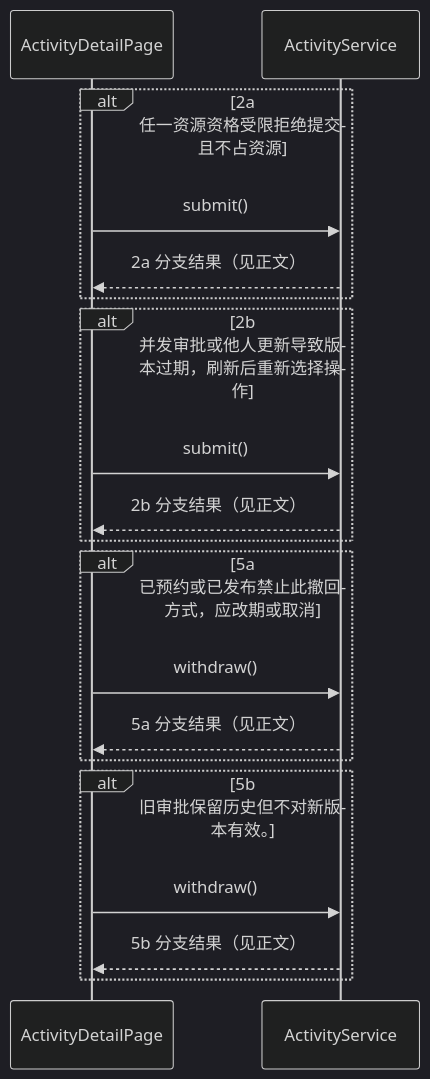
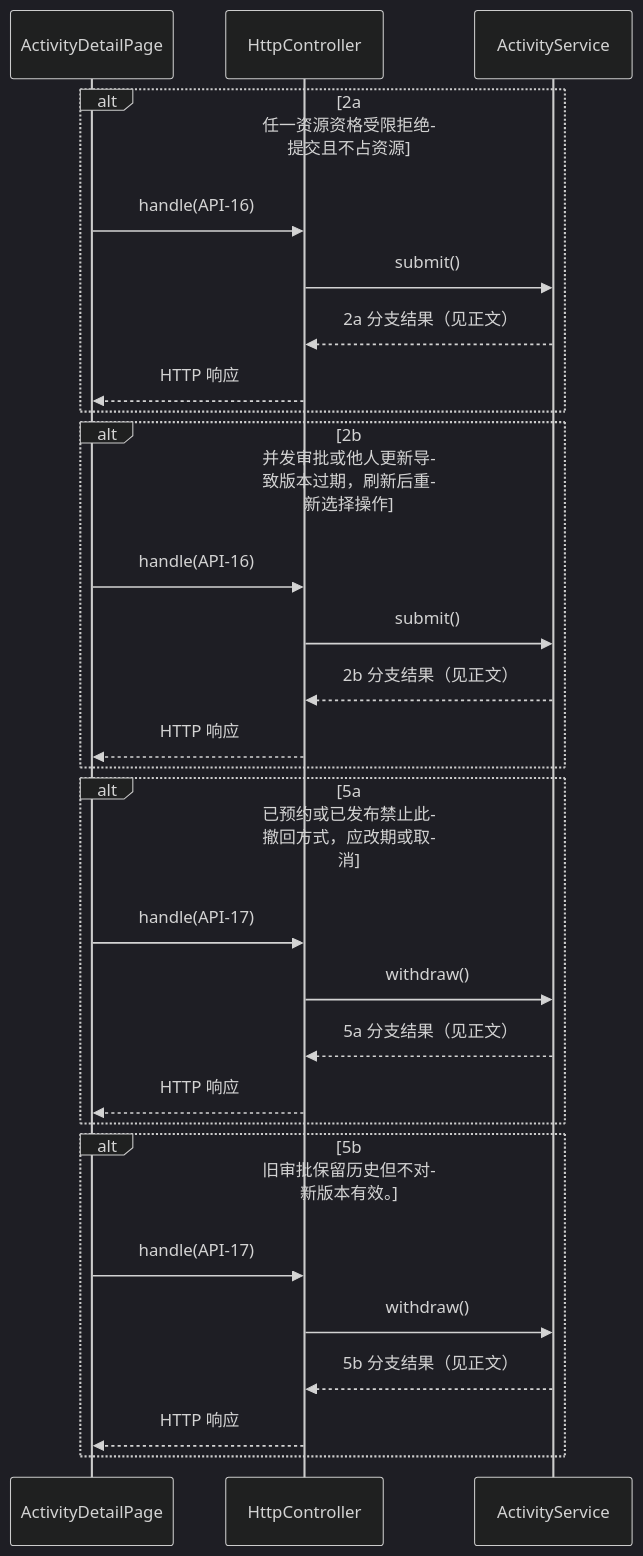
One commit to Rito-492/campus-sched changed diagram 16 of 44 in docs/design/software-design-task4.md. Above: the diagram before and after it, drawn with Mermaid (dark theme). The commit also changed other lines of this file and 3 other files, not shown here.

Commit message:
docs: 修正任务4顺序图HTTP边界与页面调用方向

````diff
--- a/docs/design/software-design-task4.md
+++ b/docs/design/software-design-task4.md
@@ -1354,21 +1485,30 @@
 ```mermaid
 sequenceDiagram
  participant ActivityDetailPage
+ participant HttpController
  participant ActivityService
  alt 2a 任一资源资格受限拒绝提交且不占资源
- ActivityDetailPage->>ActivityService: submit()
- ActivityService-->>ActivityDetailPage: 2a 分支结果（见正文）
+ ActivityDetailPage->>HttpController: handle(API-16)
+ HttpController->>ActivityService: submit()
+ ActivityService-->>HttpController: 2a 分支结果（见正文）
+ HttpController-->>ActivityDetailPage: HTTP 响应
  end
  alt 2b 并发审批或他人更新导致版本过期，刷新后重新选择操作
- ActivityDetailPage->>ActivityService: submit()
- ActivityService-->>ActivityDetailPage: 2b 分支结果（见正文）
+ ActivityDetailPage->>HttpController: handle(API-16)
+ HttpController->>ActivityService: submit()
+ ActivityService-->>HttpController: 2b 分支结果（见正文）
+ HttpController-->>ActivityDetailPage: HTTP 响应
  end
  alt 5a 已预约或已发布禁止此撤回方式，应改期或取消
- ActivityDetailPage->>ActivityService: withdraw()
- ActivityService-->>ActivityDetailPage: 5a 分支结果（见正文）
+ ActivityDetailPage->>HttpController: handle(API-17)
+ HttpController->>ActivityService: withdraw()
+ ActivityService-->>HttpController: 5a 分支结果（见正文）
+ HttpController-->>ActivityDetailPage: HTTP 响应
  end
  alt 5b 旧审批保留历史但不对新版本有效。
- ActivityDetailPage->>ActivityService: withdraw()
- ActivityService-->>ActivityDetailPage: 5b 分支结果（见正文）
+ ActivityDetailPage->>HttpController: handle(API-17)
+ HttpController->>ActivityService: withdraw()
+ ActivityService-->>HttpController: 5b 分支结果（见正文）
+ HttpController-->>ActivityDetailPage: HTTP 响应
  end
 ```
````
